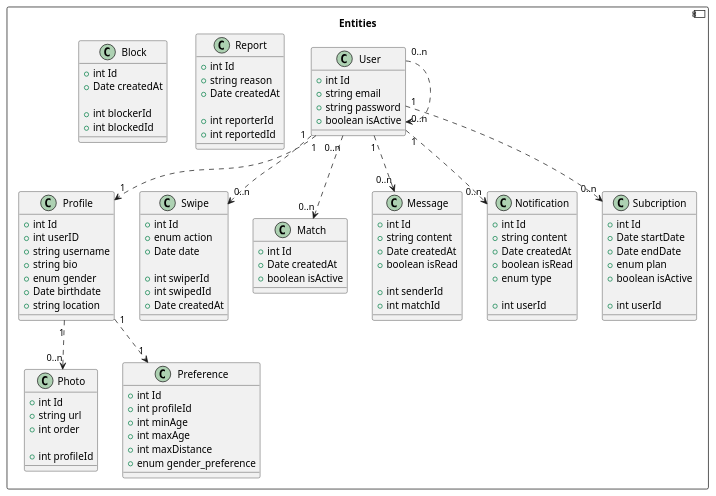
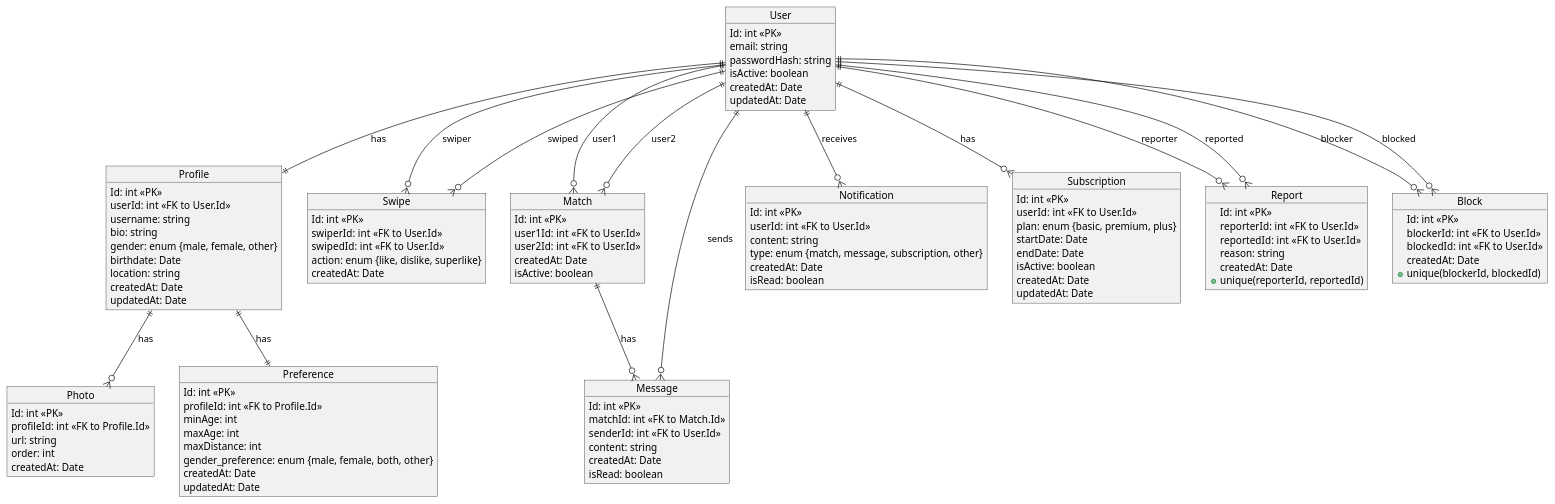
One commit to tammysensitive2312/Tinder-Dating-App-_IT4409 changed the diagram in docs/Dating_App_ERD.puml. Above: the diagram before and after it, drawn with PlantUML. The commit also changed 16 other files, not shown here.

```diff
--- a/docs/Dating_App_ERD.puml
+++ b/docs/Dating_App_ERD.puml
@@ -1,103 +1,128 @@
-@startuml domain_layer
-    component Entities {
-        class User {
-            +int Id
-            +string email
-            +string password
-            +boolean isActive
-        }
-        class Profile {
-            +int Id
-            +int userID
-            +string username
-            +string bio
-            +enum gender
-            +Date birthdate
-            +string location
-            }
-        class Photo {
-            +int Id
-            +string url
-            +int order
+@startuml
 
-            +int profileId
-        }
+object User {
+  Id: int <<PK>>
+  email: string
+  passwordHash: string
+  isActive: boolean
+  createdAt: Date
+  updatedAt: Date
+}
 
-        class Swipe {
-            +int Id
-            +enum action
-            +Date date
+object Profile {
+  Id: int <<PK>>
+  userId: int <<FK to User.Id>>
+  username: string
+  bio: string
+  gender: enum {male, female, other}
+  birthdate: Date
+  location: string
+  createdAt: Date
+  updatedAt: Date
+}
 
-            +int swiperId
-            +int swipedId
-            +Date createdAt
-        }
-        class Match {
-            +int Id
-            +Date createdAt
-            +boolean isActive
-        }
-        class Message {
-            +int Id
-            +string content
-            +Date createdAt
-            +boolean isRead
+object Photo {
+  Id: int <<PK>>
+  profileId: int <<FK to Profile.Id>>
+  url: string
+  order: int
+  createdAt: Date
+}
 
-            +int senderId
-            +int matchId
-        }
-        class Notification {
-            +int Id
-            +string content
-            +Date createdAt
-            +boolean isRead
-            +enum type
+object Preference {
+  Id: int <<PK>>
+  profileId: int <<FK to Profile.Id>>
+  minAge: int
+  maxAge: int
+  maxDistance: int
+  gender_preference: enum {male, female, both, other}
+  createdAt: Date
+  updatedAt: Date
+}
 
-            +int userId
-        }
-        class Preference {
-            +int Id
-            +int profileId
-            +int minAge
-            +int maxAge
-            +int maxDistance
-            +enum gender_preference
-        }
-        class Subcription {
-            +int Id
-            +Date startDate
-            +Date endDate
-            +enum plan
-            +boolean isActive
+object Swipe {
+  Id: int <<PK>>
+  swiperId: int <<FK to User.Id>>
+  swipedId: int <<FK to User.Id>>
+  action: enum {like, dislike, superlike}
+  createdAt: Date
+}
 
-            +int userId
-        }
-        class Report {
-            +int Id
-            +string reason
-            +Date createdAt
+object Match {
+  Id: int <<PK>>
+  user1Id: int <<FK to User.Id>>
+  user2Id: int <<FK to User.Id>>
+  createdAt: Date
+  isActive: boolean
+}
 
-            +int reporterId
-            +int reportedId
-        }
-        class Block {
-            +int Id
-            +Date createdAt
+object Message {
+  Id: int <<PK>>
+  matchId: int <<FK to Match.Id>>
+  senderId: int <<FK to User.Id>>
+  content: string
+  createdAt: Date
+  isRead: boolean
+}
 
-            +int blockerId
-            +int blockedId
-        }
-    }
+object Notification {
+  Id: int <<PK>>
+  userId: int <<FK to User.Id>>
+  content: string
+  type: enum {match, message, subscription, other}
+  createdAt: Date
+  isRead: boolean
+}
 
-    User "1" ..> "1" Profile
-    Profile "1" ..> "0..n" Photo
-    User "1" ..> "0..n" Swipe
-    User "0..n" ..> "0..n" Match
-    User "1" ..> "0..n" Message
-    User "1" ..> "0..n" Notification
-    Profile "1" ..> "1" Preference
-    User "1" ..> "0..n" Subcription
-'    User "0..n" ..> "0..n" Report
-'    User "0..n" ..> "0..n" Block
-    User "0..n" ..> "0..n" User
+object Subscription {
+  Id: int <<PK>>
+  userId: int <<FK to User.Id>>
+  plan: enum {basic, premium, plus}
+  startDate: Date
+  endDate: Date
+  isActive: boolean
+  createdAt: Date
+  updatedAt: Date
+}
+
+object Report {
+  Id: int <<PK>>
+  reporterId: int <<FK to User.Id>>
+  reportedId: int <<FK to User.Id>>
+  reason: string
+  createdAt: Date
+  + unique(reporterId, reportedId)
+}
+
+object Block {
+  Id: int <<PK>>
+  blockerId: int <<FK to User.Id>>
+  blockedId: int <<FK to User.Id>>
+  createdAt: Date
+  + unique(blockerId, blockedId)
+}
+
+' Các mối quan hệ
+User ||--|| Profile : has
+Profile ||--|| Preference : has
+Profile ||--o{ Photo : has
+
+User ||--o{ Swipe : "swiper"
+User ||--o{ Swipe : "swiped"
+
+User ||--o{ Match : "user1"
+User ||--o{ Match : "user2"
+
+Match ||--o{ Message : has
+User ||--o{ Message : sends
+
+User ||--o{ Notification : receives
+User ||--o{ Subscription : has
+
+User ||--o{ Report : "reporter"
+User ||--o{ Report : "reported"
+
+User ||--o{ Block : "blocker"
+User ||--o{ Block : "blocked"
+
 @enduml
```
